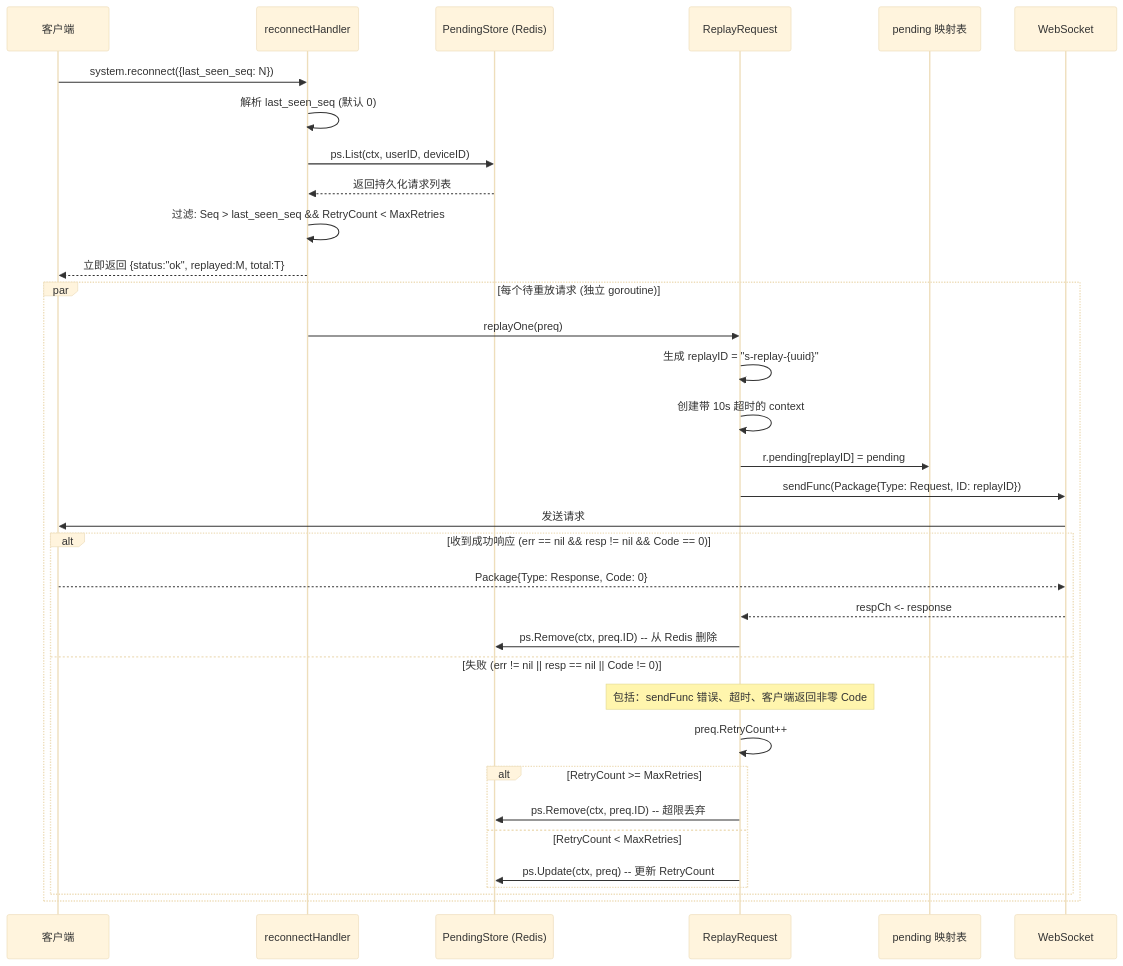
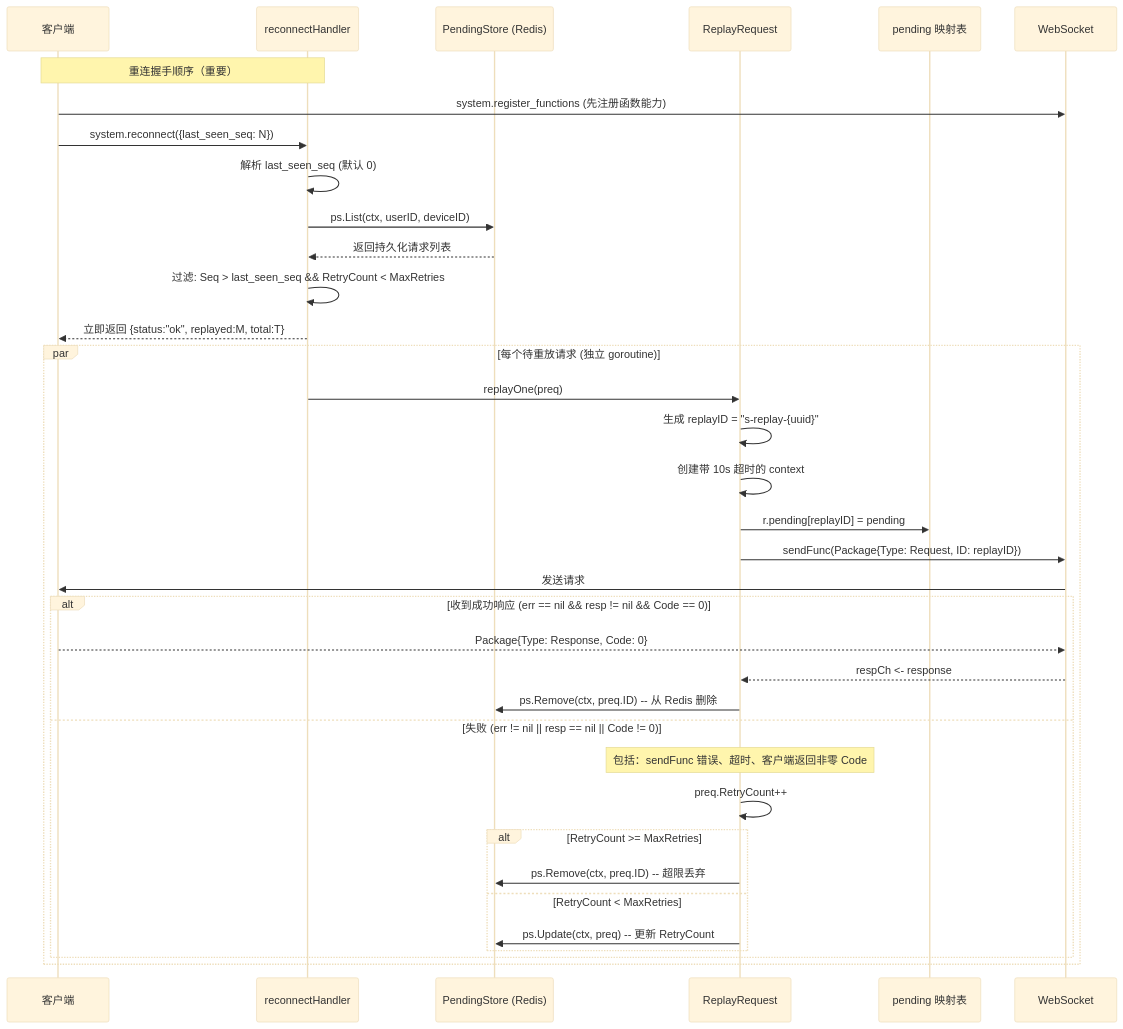
Before and after one commit to PineappleBond/xyncra-server: the eighth of 12 diagrams in wiki/flows/reverse-rpc.md, drawn with Mermaid (base theme). The commit also changed other lines of this file and 22 other files, not shown here.

````diff
--- a/wiki/flows/reverse-rpc.md
+++ b/wiki/flows/reverse-rpc.md
@@ -553,41 +555,43 @@
 ```mermaid
 sequenceDiagram
     participant Client as 客户端
     participant RH as reconnectHandler
     participant Store as PendingStore (Redis)
     participant RR as ReplayRequest
     participant Pending as pending 映射表
     participant WS as WebSocket
 
+    Note over Client,RH: 重连握手顺序（重要）
+    Client->>WS: system.register_functions (先注册函数能力)
     Client->>RH: system.reconnect({last_seen_seq: N})
     RH->>RH: 解析 last_seen_seq (默认 0)
     RH->>Store: ps.List(ctx, userID, deviceID)
     Store-->>RH: 返回持久化请求列表
 
     RH->>RH: 过滤: Seq > last_seen_seq && RetryCount < MaxRetries
 
     RH-->>Client: 立即返回 {status:"ok", replayed:M, total:T}
 
     par 每个待重放请求 (独立 goroutine)
         RH->>RR: replayOne(preq)
         RR->>RR: 生成 replayID = "s-replay-{uuid}"
         RR->>RR: 创建带 10s 超时的 context
         RR->>Pending: r.pending[replayID] = pending
         RR->>WS: sendFunc(Package{Type: Request, ID: replayID})
         WS->>Client: 发送请求
 
         alt 收到成功响应 (err == nil && resp != nil && Code == 0)
             Client-->>WS: Package{Type: Response, Code: 0}
             WS-->>RR: respCh <- response
             RR->>Store: ps.Remove(ctx, preq.ID) -- 从 Redis 删除
         else 失败 (err != nil || resp == nil || Code != 0)
             Note over RR: 包括：sendFunc 错误、超时、客户端返回非零 Code
             RR->>RR: preq.RetryCount++
             alt RetryCount >= MaxRetries
                 RR->>Store: ps.Remove(ctx, preq.ID) -- 超限丢弃
             else RetryCount < MaxRetries
                 RR->>Store: ps.Update(ctx, preq) -- 更新 RetryCount
             end
         end
     end
 ```
````
